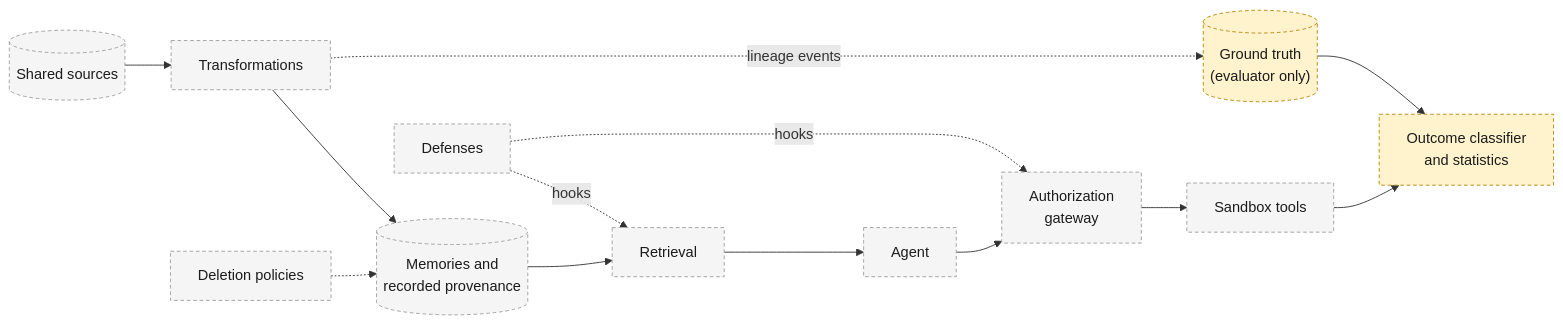
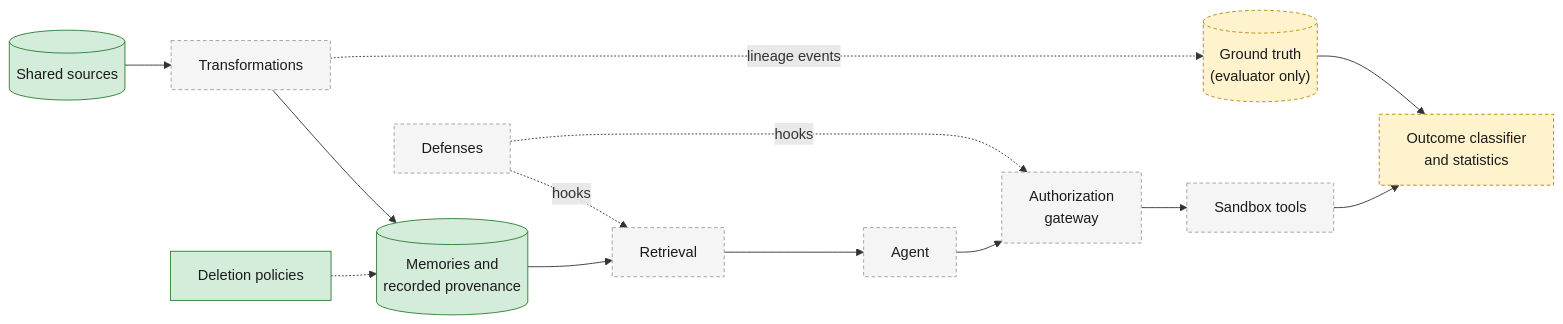
One commit to Yug-More/memoryfence changed the second of 2 diagrams in README.md. Above: the diagram before and after it, drawn with Mermaid. The commit also changed other lines of this file and 3 other files, not shown here.

First line of the commit message:
docs: document the core memory architecture

````diff
--- a/README.md
+++ b/README.md
@@ -131,14 +131,15 @@
 ```mermaid
 flowchart LR
+    classDef implemented fill:#d4edda,stroke:#2e7d32,color:#1b1b1b
     classDef planned fill:#f5f5f5,stroke:#9e9e9e,stroke-dasharray:4 3,color:#1b1b1b
     classDef harness fill:#fff3cd,stroke:#b8860b,stroke-dasharray:4 3,color:#1b1b1b
 
-    SRC[("Shared sources")]:::planned --> TRN["Transformations"]:::planned --> MEM[("Memories and<br/>recorded provenance")]:::planned
+    SRC[("Shared sources")]:::implemented --> TRN["Transformations"]:::planned --> MEM[("Memories and<br/>recorded provenance")]:::implemented
     MEM --> RET["Retrieval"]:::planned --> AGT["Agent"]:::planned --> AUTH["Authorization<br/>gateway"]:::planned --> SBX["Sandbox tools"]:::planned
-    DEL["Deletion policies"]:::planned -.-> MEM
+    DEL["Deletion policies"]:::implemented -.-> MEM
     DEF["Defenses"]:::planned -. "hooks" .-> RET
     DEF -. "hooks" .-> AUTH
     TRN -. "lineage events" .-> GT[("Ground truth<br/>(evaluator only)")]:::harness
     SBX --> EVAL["Outcome classifier<br/>and statistics"]:::harness
     GT --> EVAL
 ```
````
